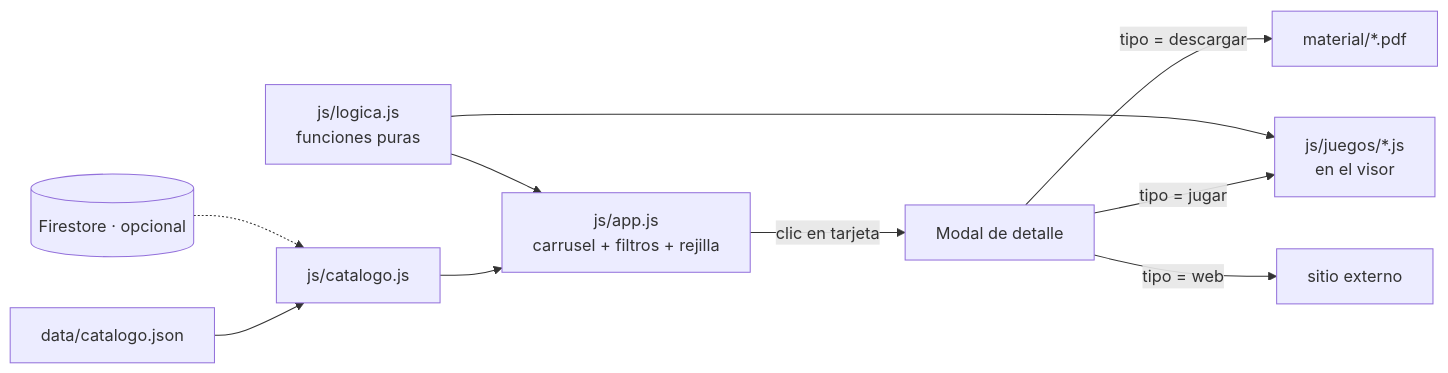
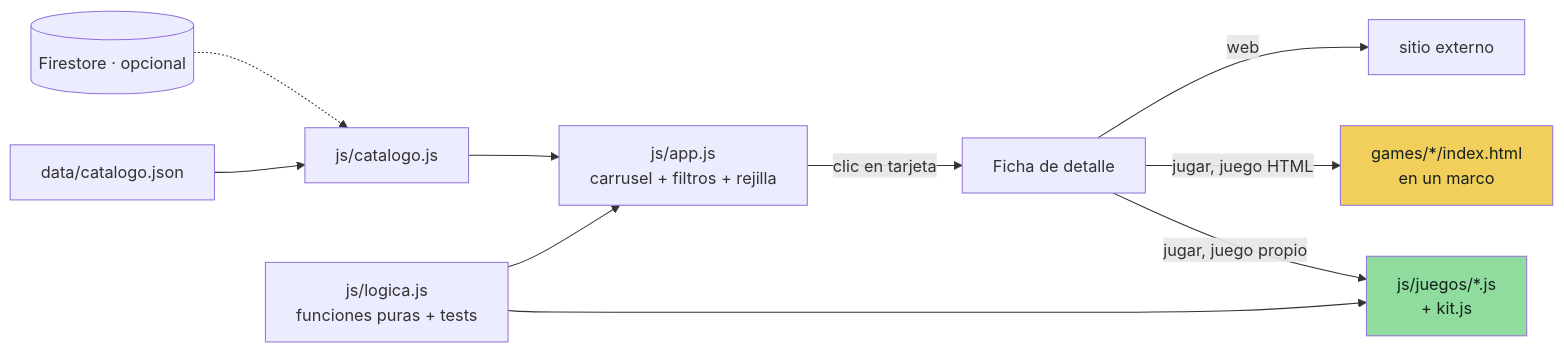
The diagram in README.md (Esclavotec/mathstore), drawn with Mermaid before and after one commit. The commit also changed other lines of this file and 26 other files, not shown here.

````diff
--- a/README.md
+++ b/README.md
@@ -29,12 +40,14 @@
 ```mermaid
 flowchart LR
   JSON[data/catalogo.json] --> L[js/catalogo.js]
   FB[(Firestore · opcional)] -.-> L
   L --> UI[js/app.js<br/>carrusel + filtros + rejilla]
-  LOG[js/logica.js<br/>funciones puras] --> UI
-  UI -->|clic en tarjeta| M[Modal de detalle]
-  M -->|tipo = jugar| G[js/juegos/*.js<br/>en el visor]
-  M -->|tipo = descargar| D[material/*.pdf]
-  M -->|tipo = web| W[sitio externo]
-  LOG --> G
+  UI -->|clic en tarjeta| M[Ficha de detalle]
+  M -->|jugar, juego propio| G[js/juegos/*.js<br/>+ kit.js]
+  M -->|jugar, juego HTML| IF[games/*/index.html<br/>en un marco]
+  M -->|web| W[sitio externo]
+  LOG[js/logica.js<br/>funciones puras + tests] --> G
+  LOG --> UI
+  style IF fill:#f2cf5b,color:#14211d
+  style G fill:#8fdc9e,color:#14211d
 ```
````
